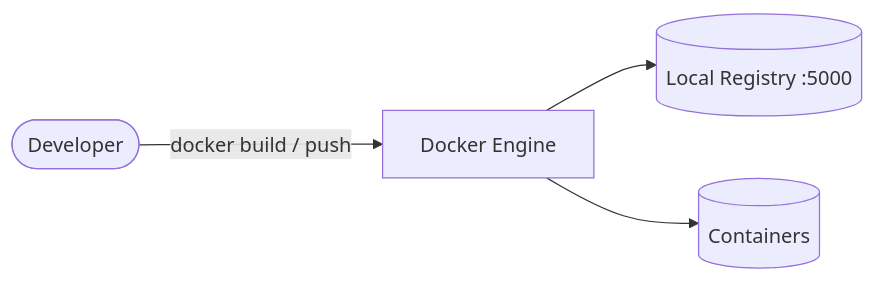
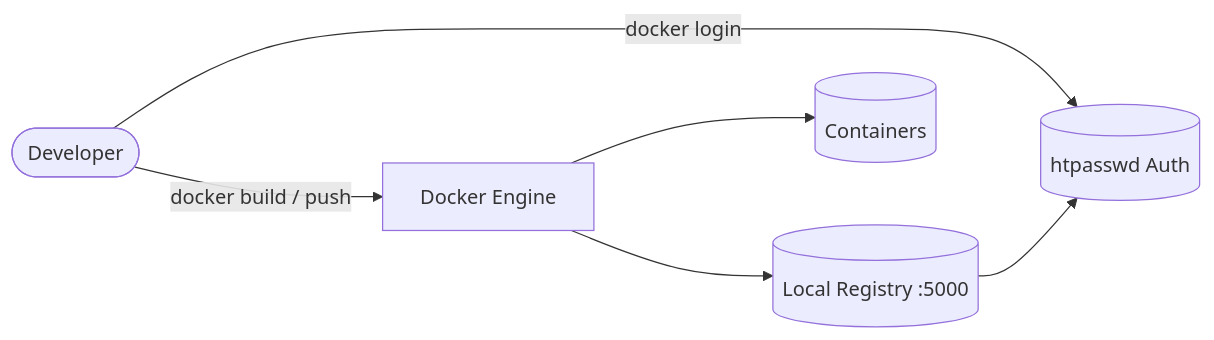
Before and after one commit to marcuwynu23/ansible-playbook-collections: the diagram in docker/README.md, drawn with Mermaid. The commit also changed other lines of this file and 3 other files, not shown here.

Commit message:
feat(docker): add registry authentication with htpasswd support

````diff
--- a/docker/README.md
+++ b/docker/README.md
@@ -8,6 +8,8 @@
 ```mermaid
 flowchart LR
     Dev([Developer]) -->|docker build / push| Docker[Docker Engine]
+    Dev -->|docker login| Auth[(htpasswd Auth)]
     Docker --> Registry[(Local Registry :5000)]
+    Registry --> Auth
     Docker --> Containers[(Containers)]
 ```
````
